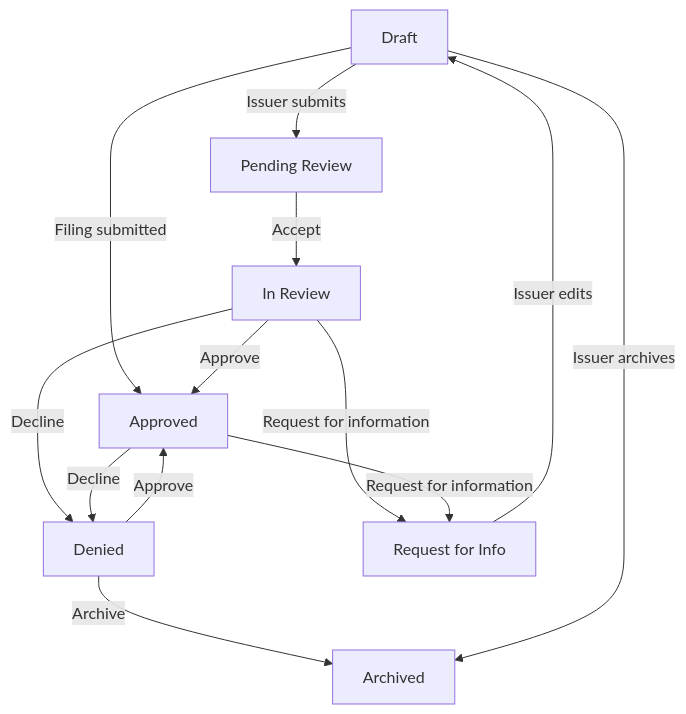
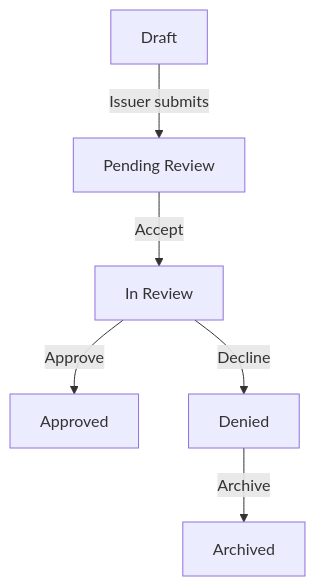
The diagram in proof/application-states.mdx (blupryntco/docs), drawn with Mermaid before and after one commit. The commit also changed other lines of this file and 19 other files, not shown here.

Commit message:
Unified product template: Passport and Proof get Concepts + FAQ pages; fix 390px readability of application-states diagram and organization screenshots

````diff
--- a/proof/application-states.mdx
+++ b/proof/application-states.mdx
@@ -19,15 +19,8 @@
 ```mermaid
 flowchart TD
   A[Draft] -->|Issuer submits| B[Pending Review]
-  A -->|Filing submitted| E[Approved]
   B -->|Accept| C[In Review]
-  C -->|Approve| E
+  C -->|Approve| E[Approved]
   C -->|Decline| F[Denied]
-  C -->|Request for information| D[Request for Info]
-  D -->|Issuer edits| A
-  E -->|Decline| F
-  E -->|Request for information| D
-  F -->|Approve| E
   F -->|Archive| G[Archived]
-  A -->|Issuer archives| G
 ```
````
